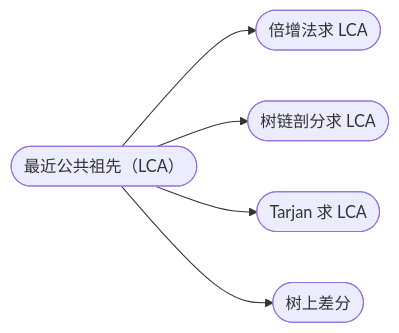
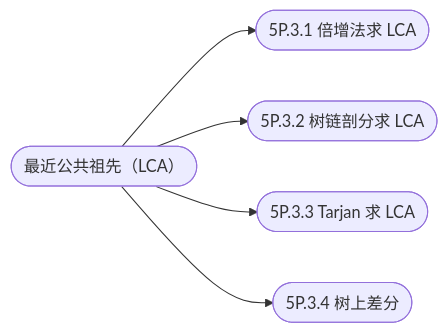
One commit to cuberxl/Coders-Note changed the diagram in 5P-图论进阶/5P.2-树上问题/5P.2.3-最近公共祖先/index.md. Above: the diagram before and after it, drawn with Mermaid. The commit also changed other lines of this file and 47 other files, not shown here.

````diff
--- a/5P-图论进阶/5P.2-树上问题/5P.2.3-最近公共祖先/index.md
+++ b/5P-图论进阶/5P.2-树上问题/5P.2.3-最近公共祖先/index.md
@@ -17,8 +17,8 @@
 ```mermaid
 flowchart LR
     R(["最近公共祖先（LCA）"])
-    R --> N1(["倍增法求 LCA"])
-    R --> N2(["树链剖分求 LCA"])
-    R --> N3(["Tarjan 求 LCA"])
-    R --> N4(["树上差分"])
+    R --> N1(["5P.3.1 倍增法求 LCA"])
+    R --> N2(["5P.3.2 树链剖分求 LCA"])
+    R --> N3(["5P.3.3 Tarjan 求 LCA"])
+    R --> N4(["5P.3.4 树上差分"])
 ```
````
